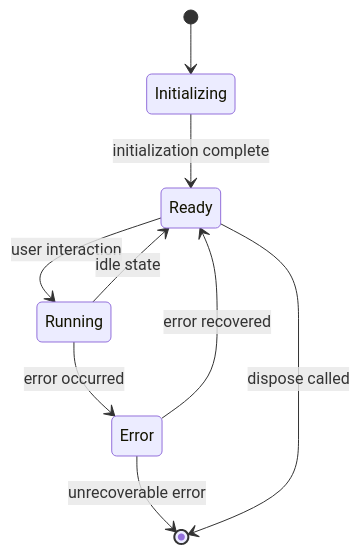
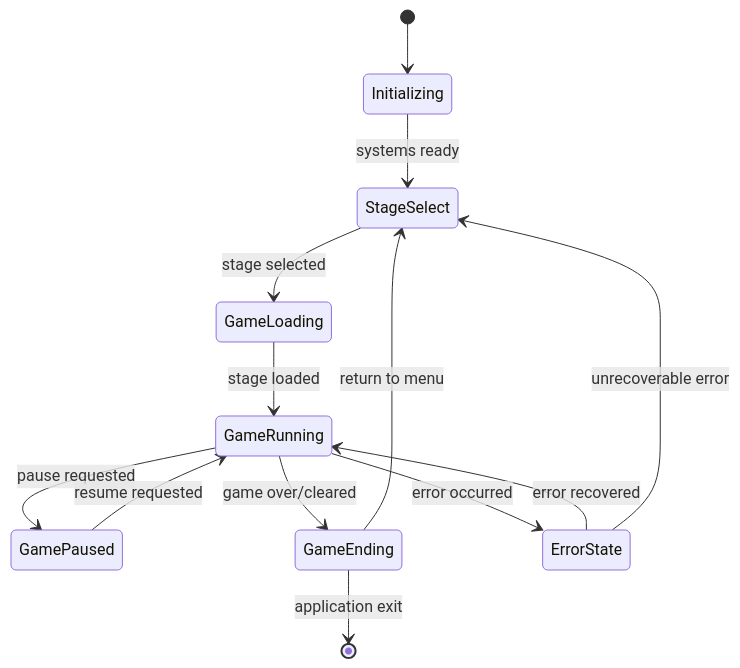
Before and after one commit to traponion/jumping-dot-game: the third of 3 diagrams in docs/architecture.md, drawn with Mermaid. The commit also changed other lines of this file and 53 other files, not shown here.

````diff
--- a/docs/architecture.md
+++ b/docs/architecture.md
@@ -752,11 +606,16 @@
 ```mermaid
 stateDiagram-v2
     [*] --> Initializing
-    Initializing --> Ready: initialization complete
-    Ready --> Running: user interaction
-    Running --> Ready: idle state
-    Running --> Error: error occurred
-    Error --> Ready: error recovered
-    Error --> [*]: unrecoverable error
-    Ready --> [*]: dispose called
+    Initializing --> StageSelect: systems ready
+    StageSelect --> GameLoading: stage selected
+    GameLoading --> GameRunning: stage loaded
+    GameRunning --> GamePaused: pause requested
+    GamePaused --> GameRunning: resume requested
+    GameRunning --> GameEnding: game over/cleared
+    GameEnding --> StageSelect: return to menu
+    GameEnding --> [*]: application exit
+    
+    GameRunning --> ErrorState: error occurred
+    ErrorState --> GameRunning: error recovered
+    ErrorState --> StageSelect: unrecoverable error
 ```
````
